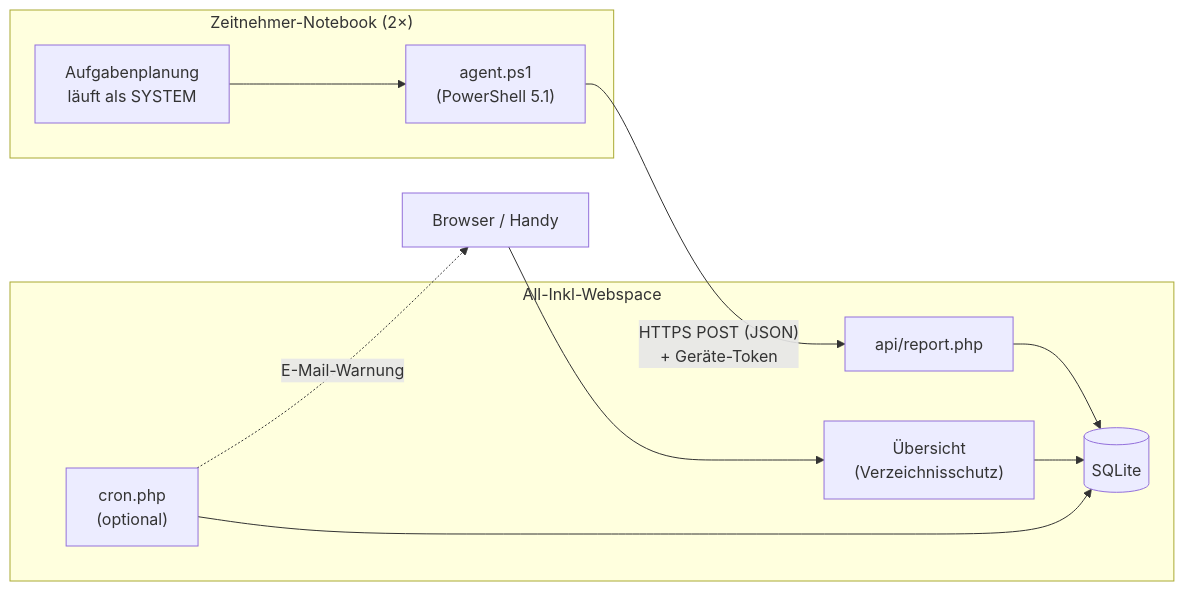
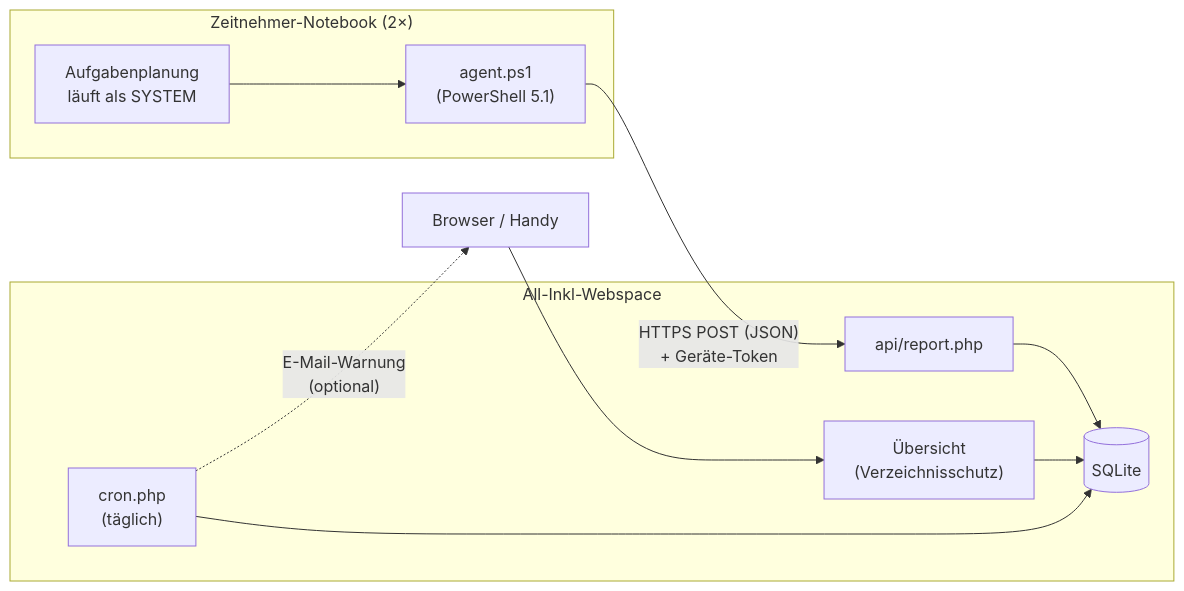
Before and after one commit to ToAmins/HSGMonitorLight: the diagram in PLAN.md, drawn with Mermaid. The commit also changed other lines of this file and 1 other file, not shown here.

````diff
--- a/PLAN.md
+++ b/PLAN.md
@@ -19,14 +19,14 @@
 ```mermaid
 flowchart LR
   subgraph NB["Zeitnehmer-Notebook (2×)"]
     T["Aufgabenplanung<br/>läuft als SYSTEM"] --> A["agent.ps1<br/>(PowerShell 5.1)"]
   end
   subgraph WS["All-Inkl-Webspace"]
     R["api/report.php"] --> DB[("SQLite")]
     D["Übersicht<br/>(Verzeichnisschutz)"] --> DB
-    C["cron.php<br/>(optional)"] --> DB
+    C["cron.php<br/>(täglich)"] --> DB
   end
   A -- "HTTPS POST (JSON)<br/>+ Geräte-Token" --> R
   B["Browser / Handy"] --> D
-  C -. "E-Mail-Warnung" .-> B
+  C -. "E-Mail-Warnung<br/>(optional)" .-> B
 ```
````
